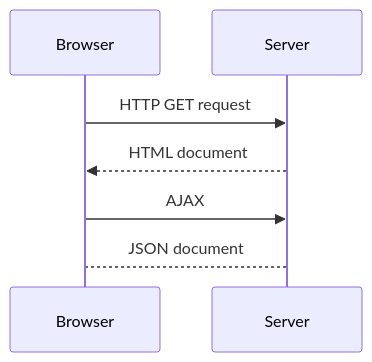
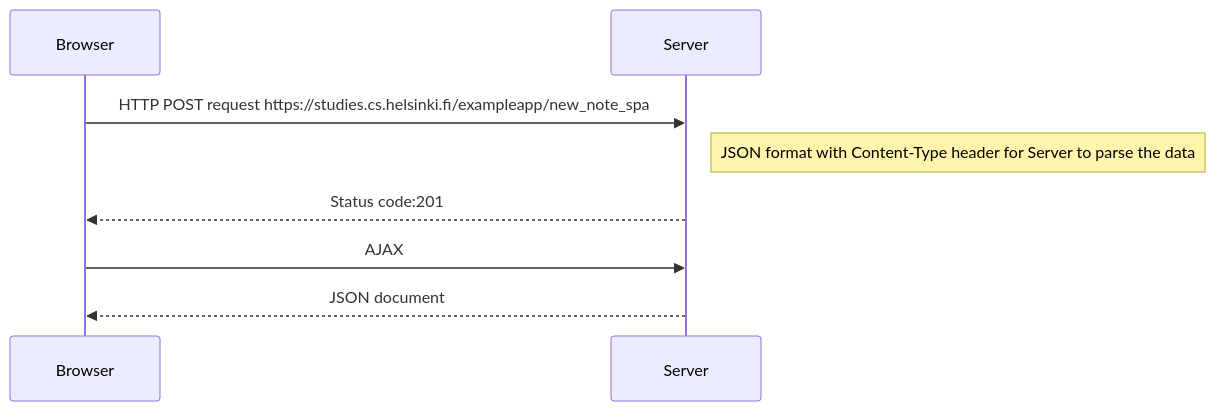
One commit to Indrasyah-Putera/fullstackopen-exercise changed the third of 3 diagrams in README.md. Above: the diagram before and after it, drawn with Mermaid. The commit also changed other lines of this file, not shown here.

````diff
--- a/README.md
+++ b/README.md
@@ -19,7 +32,8 @@
 ```mermaid
 sequenceDiagram
-Browser->> Server: HTTP GET request 
-Server-->> Browser: HTML document
+Browser->> Server: HTTP POST request https://studies.cs.helsinki.fi/exampleapp/new_note_spa
+Note right of Server: JSON format with Content-Type header for Server to parse the data
+Server-->> Browser: Status code:201
 Browser->> Server: AJAX
-Server--> Browser: JSON document
+Server-->> Browser: JSON document
 ```
````
